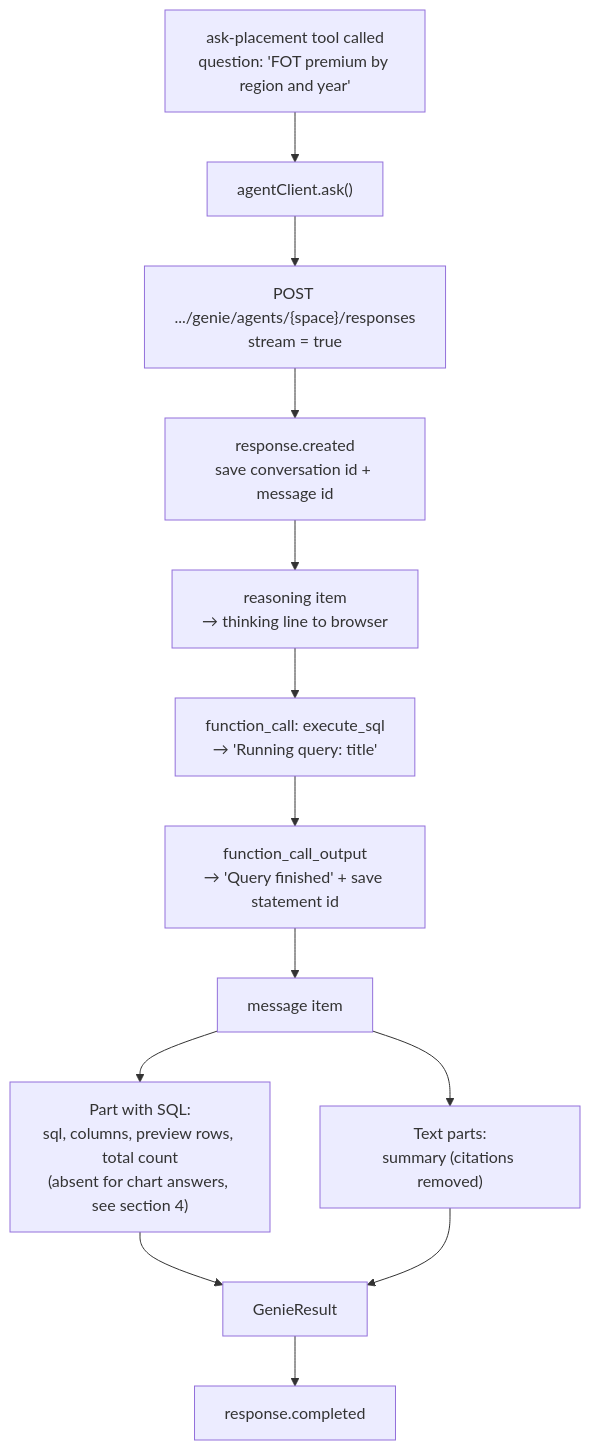
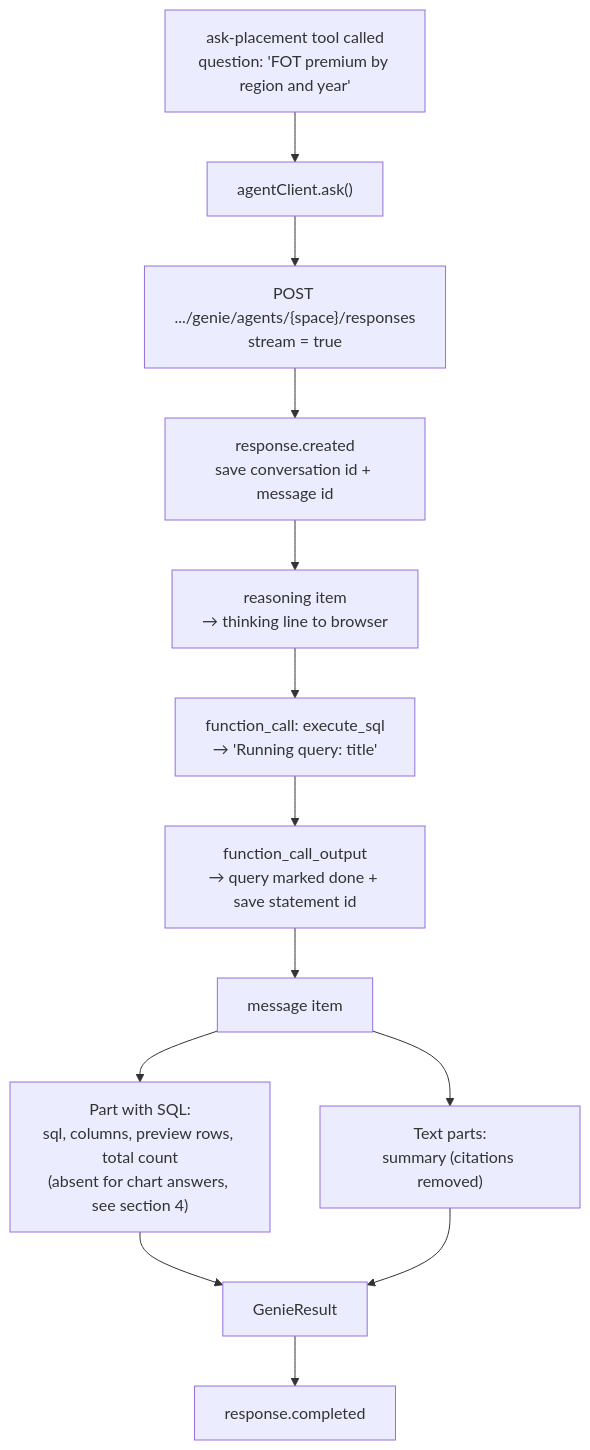
Before and after one commit to YogirajBhoomkar/conversational-bi: the third of 7 diagrams in docs/04-data-flows-and-contracts.md, drawn with Mermaid. The commit also changed 17 other files, not shown here.

````diff
--- a/docs/04-data-flows-and-contracts.md
+++ b/docs/04-data-flows-and-contracts.md
@@ -112,15 +112,15 @@
 ```mermaid
 flowchart TD
     A["ask-placement tool called<br/>question: 'FOT premium by region and year'"] --> B["agentClient.ask()"]
     B --> C["POST .../genie/agents/{space}/responses<br/>stream = true"]
     C --> D["response.created<br/>save conversation id + message id"]
     D --> E["reasoning item<br/>→ thinking line to browser"]
     E --> F["function_call: execute_sql<br/>→ 'Running query: title'"]
-    F --> G["function_call_output<br/>→ 'Query finished' + save statement id"]
+    F --> G["function_call_output<br/>→ query marked done + save statement id"]
     G --> H["message item"]
     H --> I["Part with SQL:<br/>sql, columns, preview rows, total count<br/>(absent for chart answers, see section 4)"]
     H --> J["Text parts:<br/>summary (citations removed)"]
     I --> K["GenieResult"]
     J --> K
     K --> L["response.completed"]
 ```
````
